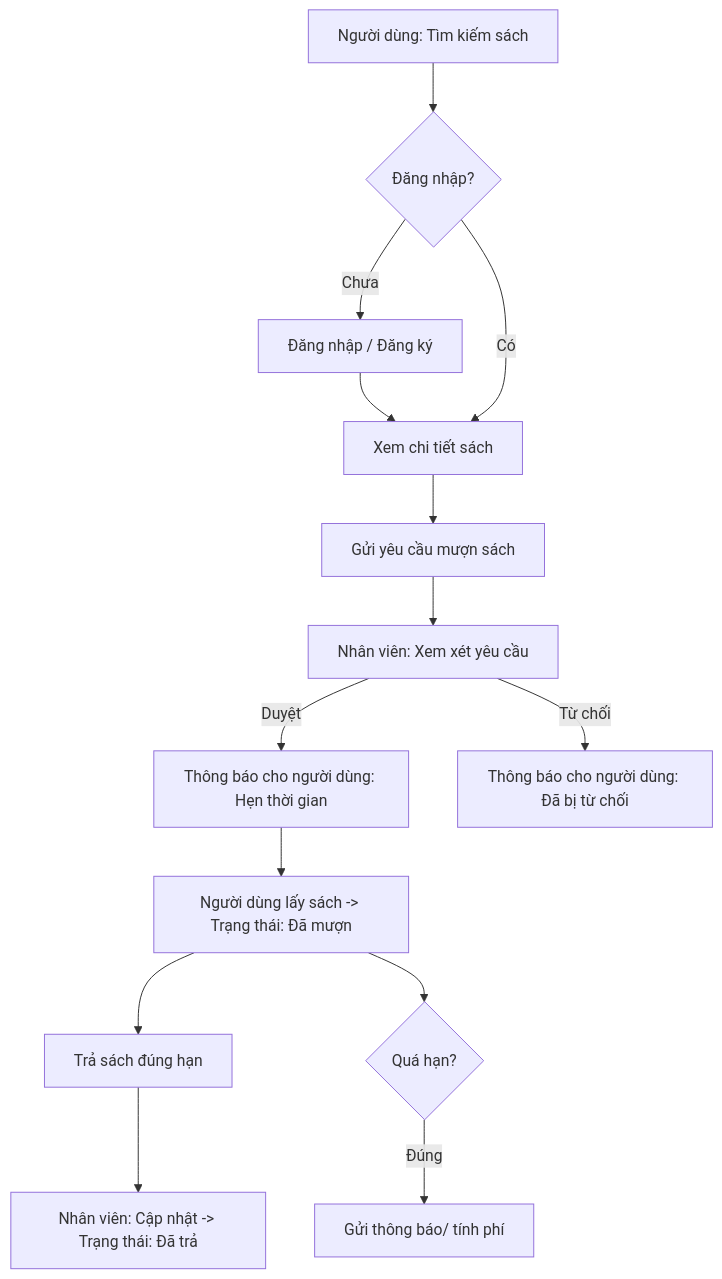
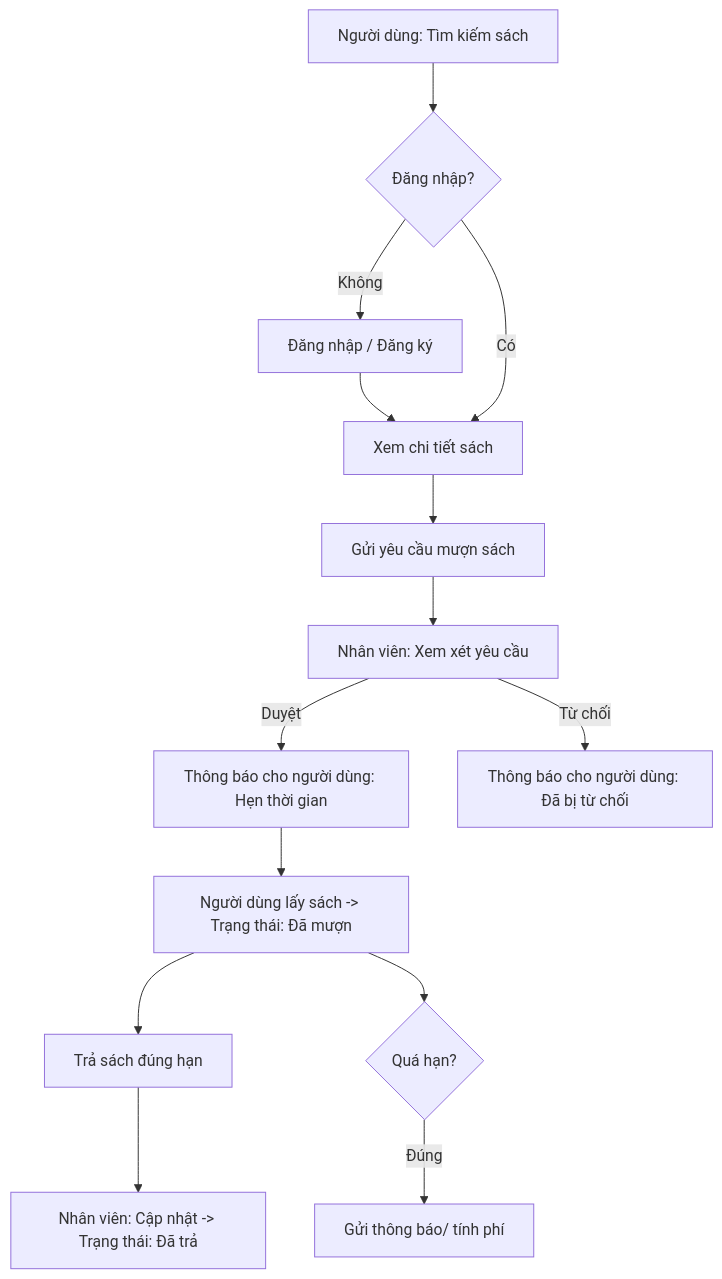
Before and after one commit to lthnhuw/Thu-vien: the diagram in README.md, drawn with Mermaid. The commit also changed other lines of this file, not shown here.

````diff
--- a/README.md
+++ b/README.md
@@ -33,16 +33,16 @@
 ```mermaid
 flowchart TD
   A[Người dùng: Tìm kiếm sách] --> B{Đăng nhập?}
-  B -- Chưa --> C[Đăng nhập / Đăng ký]
+  B -- Không --> C[Đăng nhập / Đăng ký]
   C --> D[Xem chi tiết sách]
   B -- Có --> D
   D --> E[Gửi yêu cầu mượn sách]
   E --> F[Nhân viên: Xem xét yêu cầu]
   F -- Duyệt --> G[Thông báo cho người dùng: Hẹn thời gian]
   F -- Từ chối --> H[Thông báo cho người dùng: Đã bị từ chối]
   G --> I[Người dùng lấy sách -> Trạng thái: Đã mượn]
   I --> J[Trả sách đúng hạn]
   J --> K[Nhân viên: Cập nhật -> Trạng thái: Đã trả]
   I --> L{Quá hạn?}
   L -- Đúng --> M[Gửi thông báo/ tính phí]
 ```
````
